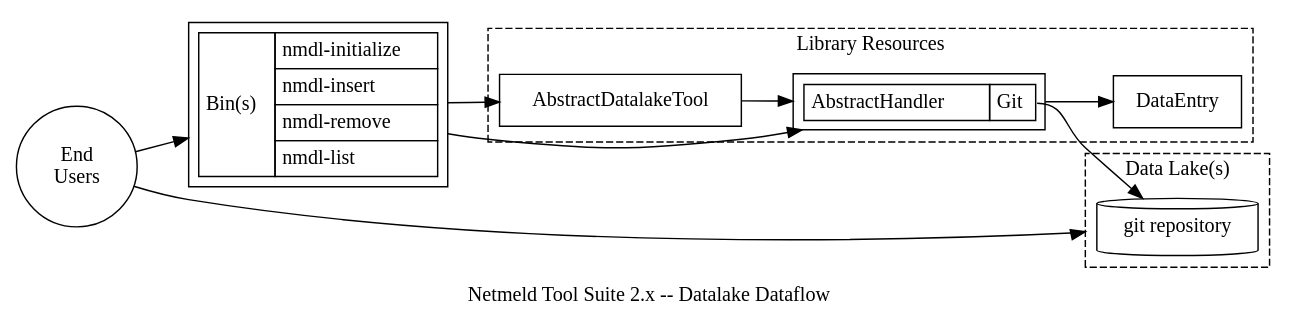
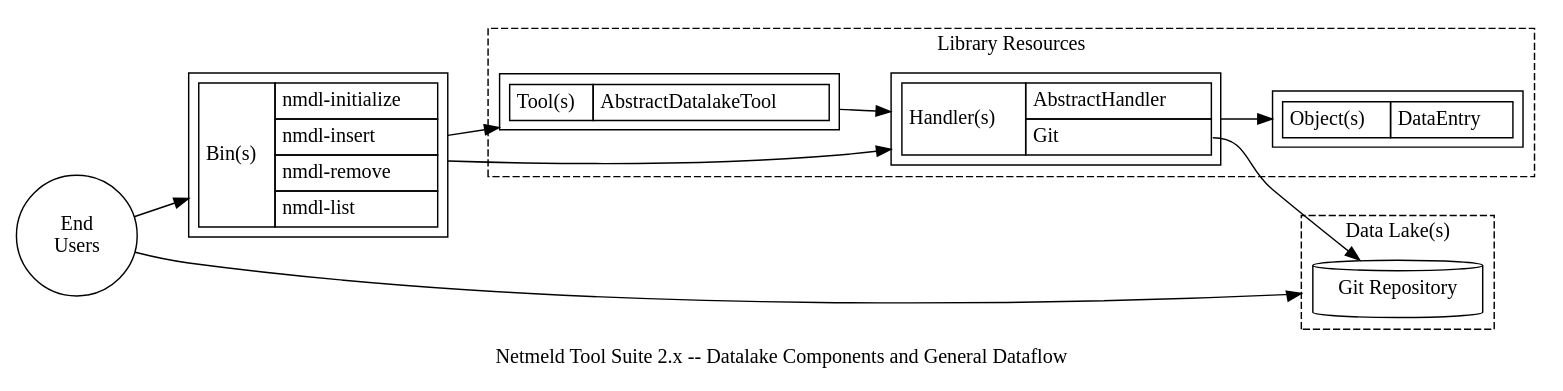
Before and after one commit to netmeld/netmeld: the diagram in datalake/docs/netmeld-datalake-workflow.dot, drawn with Graphviz. The commit also changed 98 other files, not shown here.

```diff
--- a/datalake/docs/netmeld-datalake-workflow.dot
+++ b/datalake/docs/netmeld-datalake-workflow.dot
@@ -1,58 +1,64 @@
 digraph G {
   rankdir=LR;
-  nodespace=0.5;
+  nodesep=0.5;
   ranksep=0.5;
   newrank=true;
   splines=spline;
   compound=true;
   concentrate=true;
 
-  label="Netmeld Tool Suite 2.x -- Datalake Dataflow";
+  label="Netmeld Tool Suite 2.x -- Datalake Components and General Dataflow";
 
   node[shape="circle"];
   users [label="End\nUsers"];
 
   node[shape="rectangle",margin=0.1];
   bins [label=<
     <table border="0" cellborder="1" cellspacing="0" cellpadding="4">
       <tr><td rowspan="5">Bin(s)</td></tr>
       <tr><td align="left">nmdl-initialize</td></tr>
       <tr><td align="left">nmdl-insert</td></tr>
       <tr><td align="left">nmdl-remove</td></tr>
       <tr><td align="left">nmdl-list</td></tr>
     </table>>];
 
   subgraph cluster_lib {
     label="Library Resources";
     style="dashed";
 
-    node[shape="rectangle"];
-    objects [label="DataEntry"];
-    tools [label="AbstractDatalakeTool"];
-
-    node[shape="none",margin=0];
     node[shape="rectangle",margin=0.1];
+    objects [label=<
+      <table border="0" cellborder="1" cellspacing="0" cellpadding="4">
+        <tr><td rowspan="2">Object(s)</td></tr>
+        <tr><td align="left">DataEntry</td></tr>
+      </table>>];
+    tools [label=<
+      <table border="0" cellborder="1" cellspacing="0" cellpadding="4">
+        <tr><td rowspan="2">Tool(s)</td></tr>
+        <tr><td align="left">AbstractDatalakeTool</td></tr>
+      </table>>];
     handlers [label=<
       <table border="0" cellborder="1" cellspacing="0" cellpadding="4">
-        <tr><td rowspan="2">AbstractHandler</td></tr>
+        <tr><td rowspan="3">Handler(s)</td></tr>
+        <tr><td align="left">AbstractHandler</td></tr>
         <tr><td align="left" port="git">Git</td></tr>
       </table>>];
   }
 
   subgraph cluster_datalake {
     label="Data Lake(s)";
     style="dashed";
 
     node [shape="cylinder"];
-    git [label="git repository"];
+    git [label="Git Repository"];
   }
   
 
   users->bins;
   users->git [lhead=cluster_datalake];
   bins->tools;
   bins->handlers;
   tools->handlers;
   handlers->objects;
   handlers:git->git;
 }
```
